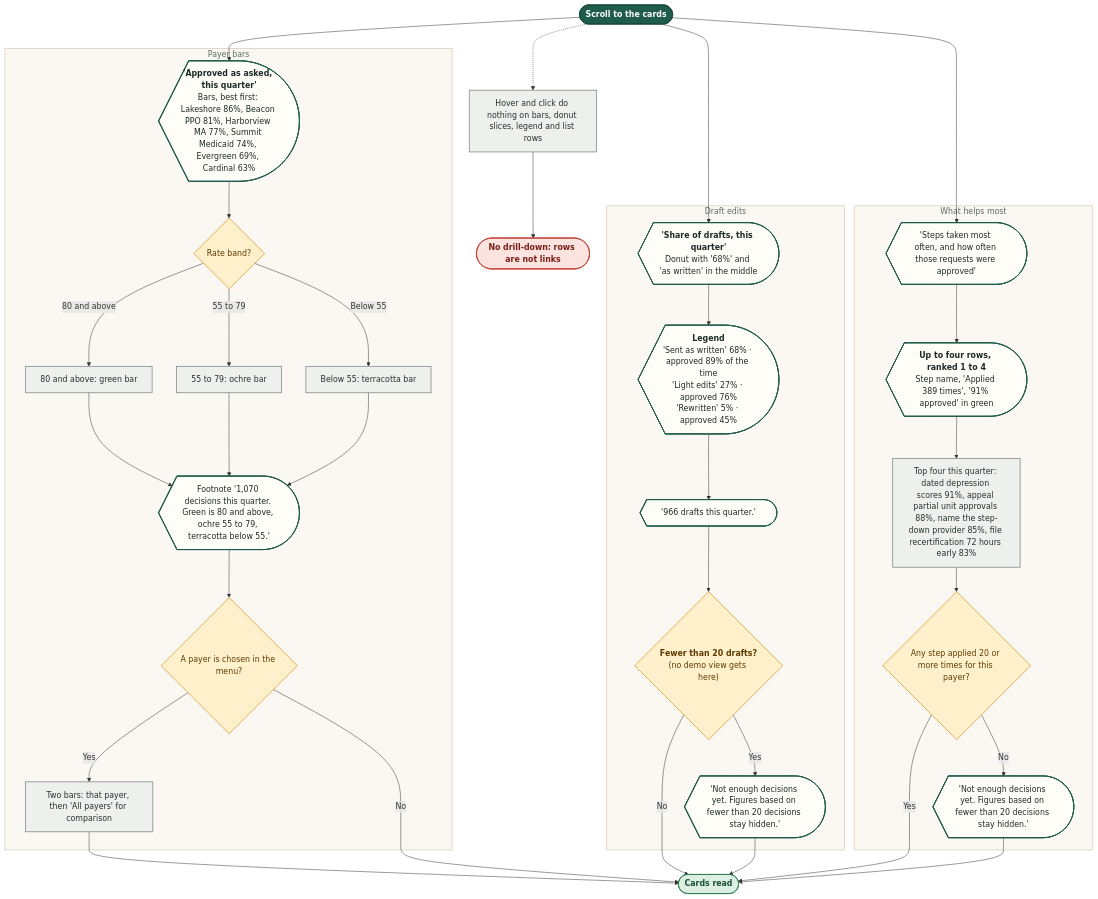
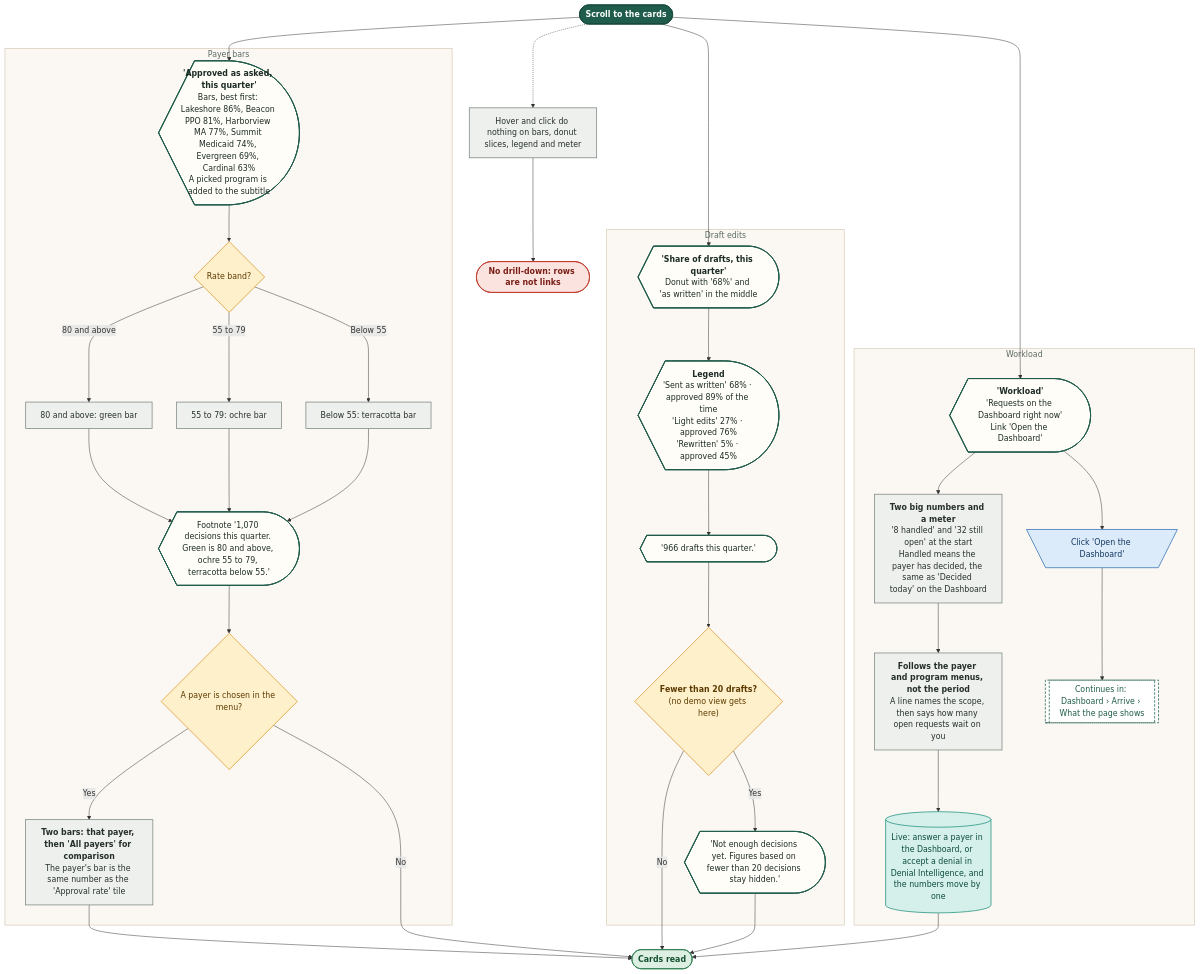
One commit to Shrav143/psyfloapp changed the fifth of 12 diagrams in demos/prior-auth-demo/workflows/out/md/08-analytics.md. Above: the diagram before and after it, drawn with Mermaid. The commit also changed other lines of this file and 192 other files, not shown here.

First line of the commit message:
docs: changelog by sidebar tab; README, diagrams and Settings layout aligned with the refinement; shared InfoTip; referral cost-share line

````diff
--- a/demos/prior-auth-demo/workflows/out/md/08-analytics.md
+++ b/demos/prior-auth-demo/workflows/out/md/08-analytics.md
@@ -259,72 +373,75 @@
 ```mermaid
 %%{init: {"theme":"base","themeVariables":{"fontFamily":"'DM Sans', 'Segoe UI', system-ui, sans-serif","fontSize":"15px","lineColor":"#5B6B63","primaryTextColor":"#1C2B25","clusterBkg":"#FBF8F3","clusterBorder":"#D9CDBB","edgeLabelBackground":"#FFFFFF"},"flowchart":{"curve":"basis","nodeSpacing":36,"rankSpacing":48,"padding":12,"htmlLabels":true,"useMaxWidth":false,"wrappingWidth":230}} }%%
 flowchart TD
   classDef k_start fill:#1F5C4B,stroke:#174638,color:#FFFFFF,stroke-width:1.5px,font-weight:600
   classDef k_end fill:#DDEFE3,stroke:#2E7D4F,color:#14502F,stroke-width:1.5px,font-weight:600
   classDef k_endx fill:#FBE3E0,stroke:#C0392B,color:#7A1F16,stroke-width:1.5px,font-weight:600
   classDef k_screen fill:#FFFDF8,stroke:#1F5C4B,color:#1C2B25,stroke-width:2px
   classDef k_overlay fill:#F1F7F3,stroke:#1F5C4B,color:#1C2B25,stroke-width:2px,stroke-dasharray:5 3
   classDef k_click fill:#DCEBFA,stroke:#2F6DB5,color:#12365F,stroke-width:1.5px
   classDef k_input fill:#E4E7FF,stroke:#4C5FD5,color:#1D2670,stroke-width:1.5px
   classDef k_process fill:#EEF0EE,stroke:#7A857F,color:#26302B,stroke-width:1.5px
   classDef k_agent fill:#EEE5FA,stroke:#7A4FC2,color:#341A63,stroke-width:1.5px
   classDef k_decision fill:#FFF0CC,stroke:#D9962B,color:#5C3B00,stroke-width:1.5px
   classDef k_store fill:#D5F0EA,stroke:#1C8E7B,color:#0B4A3F,stroke-width:1.5px
   classDef k_doc fill:#F6E9DC,stroke:#B07A4C,color:#4A2E14,stroke-width:1.5px
   classDef k_ext fill:#FFE6D2,stroke:#E07B39,color:#6B2F06,stroke-width:1.5px
   classDef k_wait fill:#E4E8EE,stroke:#6B7C93,color:#26303D,stroke-width:1.5px
   classDef k_toast fill:#FFF9DB,stroke:#C9A400,color:#5A4A00,stroke-width:1.5px
   classDef k_goto fill:#FFFFFF,stroke:#1F5C4B,color:#1F5C4B,stroke-width:1.5px,stroke-dasharray:5 3
   s1@{ shape: stadium, label: "Scroll to the cards" }
   subgraph gBars ["Payer bars"]
-  b1@{ shape: curv-trap, label: "<b>'Approved as asked, this quarter'</b><br/>Bars, best first: Lakeshore 86%, Beacon PPO 81%, Harborview MA 77%, Summit Medicaid 74%, Evergreen 69%, Cardinal 63%" }
+  b1@{ shape: curv-trap, label: "<b>'Approved as asked, this quarter'</b><br/>Bars, best first: Lakeshore 86%, Beacon PPO 81%, Harborview MA 77%, Summit Medicaid 74%, Evergreen 69%, Cardinal 63%<br/>A picked program is added to the subtitle" }
   b2@{ shape: diam, label: "Rate band?" }
   b3@{ shape: rect, label: "80 and above: green bar" }
   b4@{ shape: rect, label: "55 to 79: ochre bar" }
   b5@{ shape: rect, label: "Below 55: terracotta bar" }
   b6@{ shape: curv-trap, label: "Footnote '1,070 decisions this quarter. Green is 80 and above, ochre 55 to 79, terracotta below 55.'" }
   b7@{ shape: diam, label: "A payer is chosen in the menu?" }
-  b8@{ shape: rect, label: "Two bars: that payer, then 'All payers' for comparison" }
+  b8@{ shape: rect, label: "<b>Two bars: that payer, then 'All payers' for comparison</b><br/>The payer's bar is the same number as the 'Approval rate' tile" }
   end
   subgraph gEdit ["Draft edits"]
   d1@{ shape: curv-trap, label: "<b>'Share of drafts, this quarter'</b><br/>Donut with '68%' and 'as written' in the middle" }
   d2@{ shape: curv-trap, label: "<b>Legend</b><br/>'Sent as written' 68% · approved 89% of the time<br/>'Light edits' 27% · approved 76%<br/>'Rewritten' 5% · approved 45%" }
   d3@{ shape: curv-trap, label: "'966 drafts this quarter.'" }
   d4@{ shape: diam, label: "<b>Fewer than 20 drafts?</b><br/>(no demo view gets here)" }
   d5@{ shape: curv-trap, label: "'Not enough decisions yet. Figures based on fewer than 20 decisions stay hidden.'" }
   end
-  subgraph gHelp ["What helps most"]
-  h1@{ shape: curv-trap, label: "'Steps taken most often, and how often those requests were approved'" }
-  h2@{ shape: curv-trap, label: "<b>Up to four rows, ranked 1 to 4</b><br/>Step name, 'Applied 389 times', '91% approved' in green" }
-  h3@{ shape: rect, label: "Top four this quarter: dated depression scores 91%, appeal partial unit approvals 88%, name the step-down provider 85%, file recertification 72 hours early 83%" }
-  h4@{ shape: diam, label: "Any step applied 20 or more times for this payer?" }
-  h5@{ shape: curv-trap, label: "'Not enough decisions yet. Figures based on fewer than 20 decisions stay hidden.'" }
+  subgraph gWork ["Workload"]
+  h1@{ shape: curv-trap, label: "<b>'Workload'</b><br/>'Requests on the Dashboard right now'<br/>Link 'Open the Dashboard'" }
+  h2@{ shape: rect, label: "<b>Two big numbers and a meter</b><br/>'8 handled' and '32 still open' at the start<br/>Handled means the payer has decided, the same as 'Decided today' on the Dashboard" }
+  h3@{ shape: rect, label: "<b>Follows the payer and program menus, not the period</b><br/>A line names the scope, then says how many open requests wait on you" }
+  h4@{ shape: cyl, label: "Live: answer a payer in the Dashboard, or accept a denial in Denial Intelligence, and the numbers move by one" }
+  h5@{ shape: trap-t, label: "Click 'Open the Dashboard'" }
+  h6@{ shape: subproc, label: "Continues in: Dashboard › Arrive › What the page shows" }
   end
-  p1@{ shape: rect, label: "Hover and click do nothing on bars, donut slices, legend and list rows" }
+  p1@{ shape: rect, label: "Hover and click do nothing on bars, donut slices, legend and meter" }
   e1@{ shape: stadium, label: "Cards read" }
   e2@{ shape: stadium, label: "No drill-down: rows are not links" }
   s1 --> b1 & d1 & h1
   b1 --> b2
   b2 -->|"80 and above"| b3 --> b6
   b2 -->|"55 to 79"| b4 --> b6
   b2 -->|"Below 55"| b5 --> b6
   b6 --> b7
   b7 -->|"Yes"| b8 --> e1
   b7 -->|"No"| e1
   d1 --> d2 --> d3 --> d4
   d4 -->|"No"| e1
   d4 -->|"Yes"| d5 --> e1
-  h1 --> h2 --> h3 --> h4
-  h4 -->|"Yes"| e1
-  h4 -->|"No"| h5 --> e1
+  h1 --> h2 --> h3 --> h4 --> e1
+  h1 --> h5 --> h6
   s1 -.-> p1 --> e2
   class s1 k_start
-  class b1,b6,d1,d2,d3,d5,h1,h2,h5 k_screen
-  class b2,b7,d4,h4 k_decision
-  class b3,b4,b5,b8,h3,p1 k_process
+  class b1,b6,d1,d2,d3,d5,h1 k_screen
+  class b2,b7,d4 k_decision
+  class b3,b4,b5,b8,h2,h3,p1 k_process
+  class h4 k_store
+  class h5 k_click
+  class h6 k_goto
   class e1 k_end
   class e2 k_endx
   style gBars fill:#FBF8F3,stroke:#D9CDBB,stroke-width:1.5px,color:#5B6B63
   style gEdit fill:#FBF8F3,stroke:#D9CDBB,stroke-width:1.5px,color:#5B6B63
-  style gHelp fill:#FBF8F3,stroke:#D9CDBB,stroke-width:1.5px,color:#5B6B63
+  style gWork fill:#FBF8F3,stroke:#D9CDBB,stroke-width:1.5px,color:#5B6B63
 ```
````
